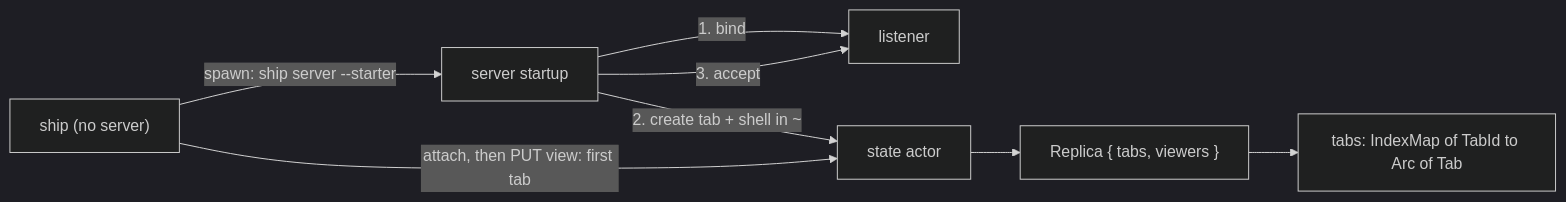
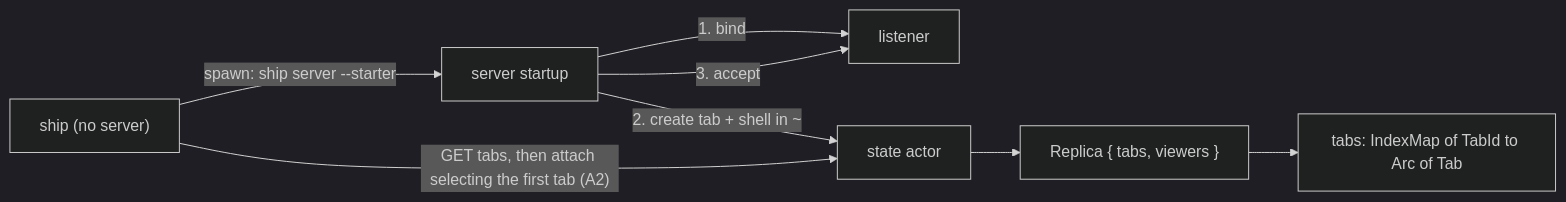
Before and after one commit to Cyanistic/ship: the first of 3 diagrams in openspec/changes/drop-sessions/design/architecture.md, drawn with Mermaid (dark theme). The commit also changed other lines of this file and 9 other files, not shown here.

````diff
--- a/openspec/changes/drop-sessions/design/architecture.md
+++ b/openspec/changes/drop-sessions/design/architecture.md
@@ -26,10 +26,10 @@
 ```mermaid
 flowchart LR
     Ship["ship (no server)"] -- "spawn: ship server --starter" --> Start[server startup]
     Start -- "1. bind" --> Listener[listener]
     Start -- "2. create tab + shell in ~" --> State[state actor]
     Start -- "3. accept" --> Listener
     State --> Replica["Replica { tabs, viewers }"]
     Replica --> Tabs["tabs: IndexMap of TabId to Arc of Tab"]
-    Ship -- "attach, then PUT view: first tab" --> State
+    Ship -- "GET tabs, then attach selecting the first tab (A2)" --> State
 ```
````
